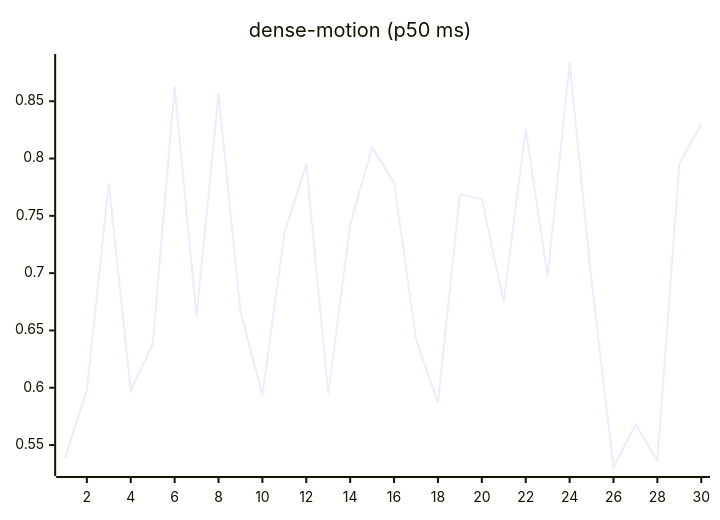
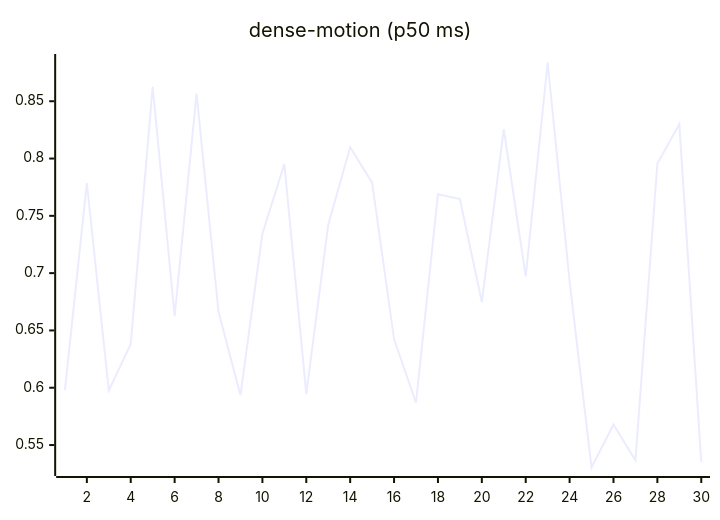
One commit to josha/Facet changed the ninth of 27 diagrams in README.md. Above: the diagram before and after it, drawn with Mermaid. The commit also changed other lines of this file and 2 other files, not shown here.

````diff
--- a/README.md
+++ b/README.md
@@ -119,6 +119,6 @@
 ```mermaid
 xychart-beta
     title "dense-motion (p50 ms)"
     x-axis 1 --> 30
-    line [0.5388, 0.5980, 0.7785, 0.5976, 0.6382, 0.8626, 0.6624, 0.8567, 0.6662, 0.5935, 0.7344, 0.7951, 0.5946, 0.7422, 0.8099, 0.7789, 0.6425, 0.5869, 0.7688, 0.7647, 0.6747, 0.8256, 0.6971, 0.8838, 0.6929, 0.5304, 0.5679, 0.5366, 0.7956, 0.8299]
+    line [0.5980, 0.7785, 0.5976, 0.6382, 0.8626, 0.6624, 0.8567, 0.6662, 0.5935, 0.7344, 0.7951, 0.5946, 0.7422, 0.8099, 0.7789, 0.6425, 0.5869, 0.7688, 0.7647, 0.6747, 0.8256, 0.6971, 0.8838, 0.6929, 0.5304, 0.5679, 0.5366, 0.7956, 0.8299, 0.5352]
 ```
````
